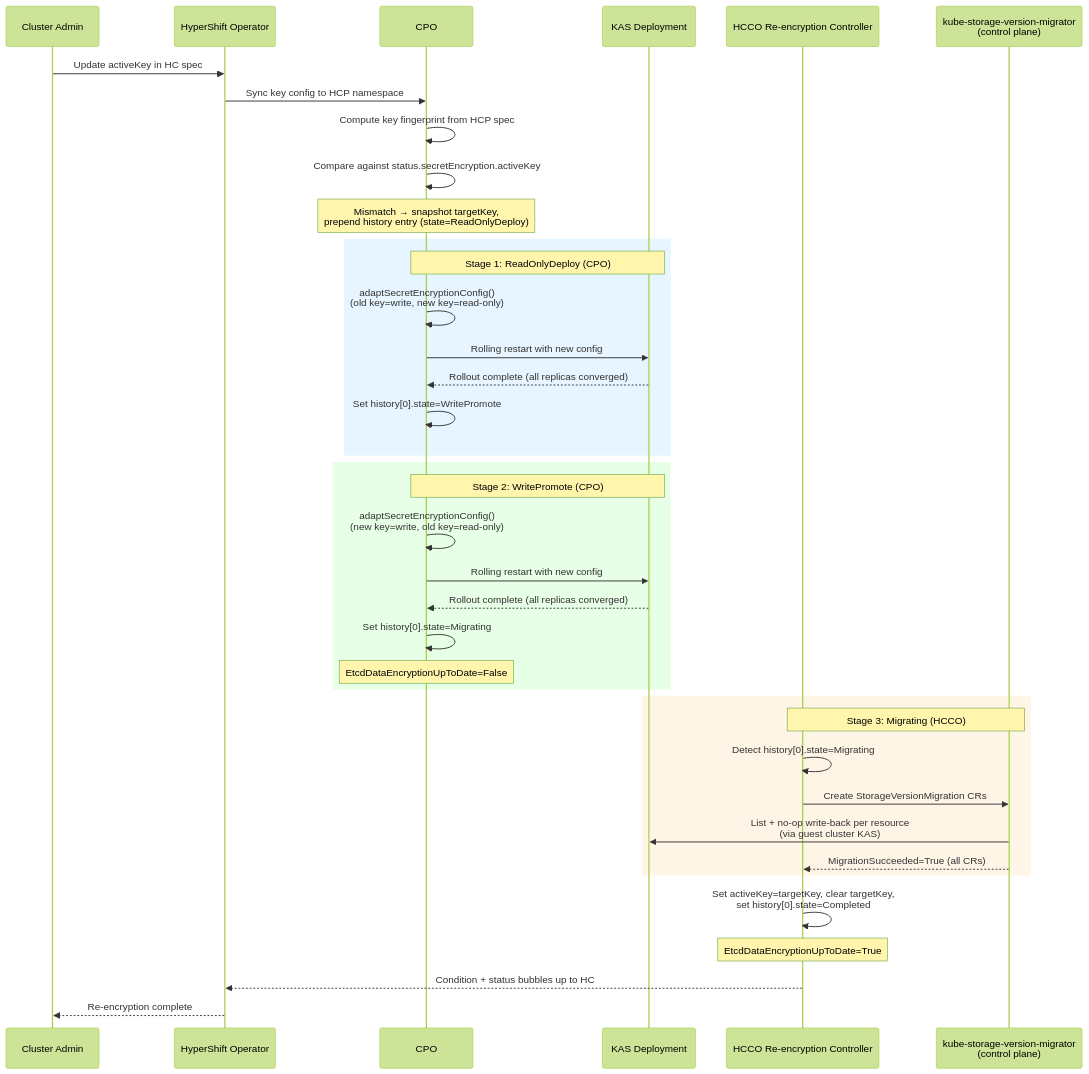
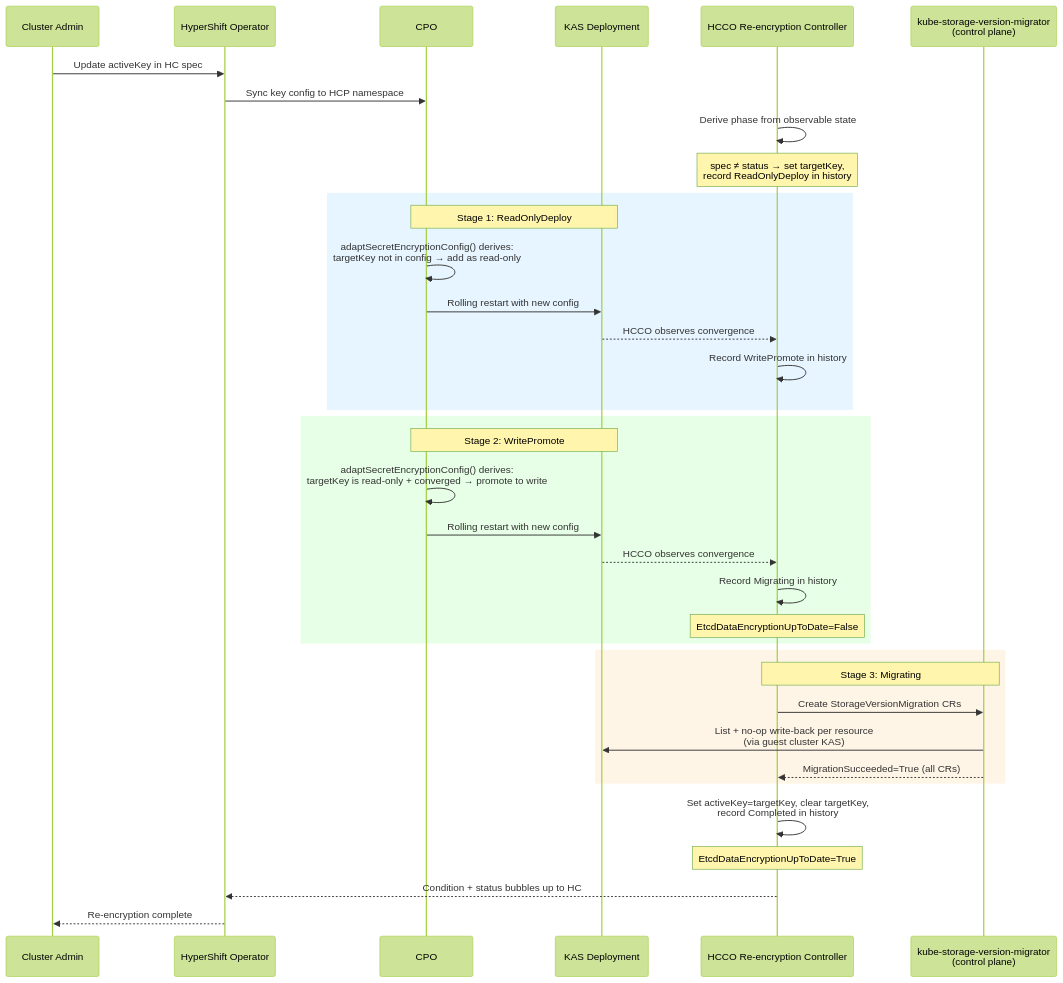
One commit to openshift/enhancements changed the diagram in enhancements/hypershift/etcd-data-reencryption-on-key-rotation.md. Above: the diagram before and after it, drawn with Mermaid (forest theme). The commit also changed other lines of this file, not shown here.

First line of the commit message:
Switch to derived-state model and unify under HCCO

````diff
--- a/enhancements/hypershift/etcd-data-reencryption-on-key-rotation.md
+++ b/enhancements/hypershift/etcd-data-reencryption-on-key-rotation.md
@@ -355,45 +337,43 @@
 ```mermaid
 sequenceDiagram
     participant Admin as Cluster Admin
     participant HO as HyperShift Operator
     participant CPO as CPO
     participant KAS as KAS Deployment
     participant HCCO as HCCO Re-encryption Controller
     participant SVM as kube-storage-version-migrator<br/>(control plane)
 
     Admin->>HO: Update activeKey in HC spec
     HO->>CPO: Sync key config to HCP namespace
-    CPO->>CPO: Compute key fingerprint from HCP spec
-    CPO->>CPO: Compare against status.secretEncryption.activeKey
-    Note over CPO: Mismatch → snapshot targetKey,<br/>prepend history entry (state=ReadOnlyDeploy)
+    HCCO->>HCCO: Derive phase from observable state
+    Note over HCCO: spec ≠ status → set targetKey,<br/>record ReadOnlyDeploy in history
 
     rect rgb(230, 245, 255)
-    Note over CPO,KAS: Stage 1: ReadOnlyDeploy (CPO)
-    CPO->>CPO: adaptSecretEncryptionConfig()<br/>(old key=write, new key=read-only)
+    Note over CPO,KAS: Stage 1: ReadOnlyDeploy
+    CPO->>CPO: adaptSecretEncryptionConfig() derives:<br/>targetKey not in config → add as read-only
     CPO->>KAS: Rolling restart with new config
-    KAS-->>CPO: Rollout complete (all replicas converged)
-    CPO->>CPO: Set history[0].state=WritePromote
+    KAS-->>HCCO: HCCO observes convergence
+    HCCO->>HCCO: Record WritePromote in history
     end
 
     rect rgb(230, 255, 230)
-    Note over CPO,KAS: Stage 2: WritePromote (CPO)
-    CPO->>CPO: adaptSecretEncryptionConfig()<br/>(new key=write, old key=read-only)
+    Note over CPO,KAS: Stage 2: WritePromote
+    CPO->>CPO: adaptSecretEncryptionConfig() derives:<br/>targetKey is read-only + converged → promote to write
     CPO->>KAS: Rolling restart with new config
-    KAS-->>CPO: Rollout complete (all replicas converged)
-    CPO->>CPO: Set history[0].state=Migrating
-    Note over CPO: EtcdDataEncryptionUpToDate=False
+    KAS-->>HCCO: HCCO observes convergence
+    HCCO->>HCCO: Record Migrating in history
+    Note over HCCO: EtcdDataEncryptionUpToDate=False
     end
 
     rect rgb(255, 245, 230)
-    Note over HCCO,SVM: Stage 3: Migrating (HCCO)
-    HCCO->>HCCO: Detect history[0].state=Migrating
+    Note over HCCO,SVM: Stage 3: Migrating
     HCCO->>SVM: Create StorageVersionMigration CRs
     SVM->>KAS: List + no-op write-back per resource<br/>(via guest cluster KAS)
     SVM-->>HCCO: MigrationSucceeded=True (all CRs)
     end
 
-    HCCO->>HCCO: Set activeKey=targetKey, clear targetKey,<br/>set history[0].state=Completed
+    HCCO->>HCCO: Set activeKey=targetKey, clear targetKey,<br/>record Completed in history
     Note over HCCO: EtcdDataEncryptionUpToDate=True
     HCCO-->>HO: Condition + status bubbles up to HC
     HO-->>Admin: Re-encryption complete
 ```
````
